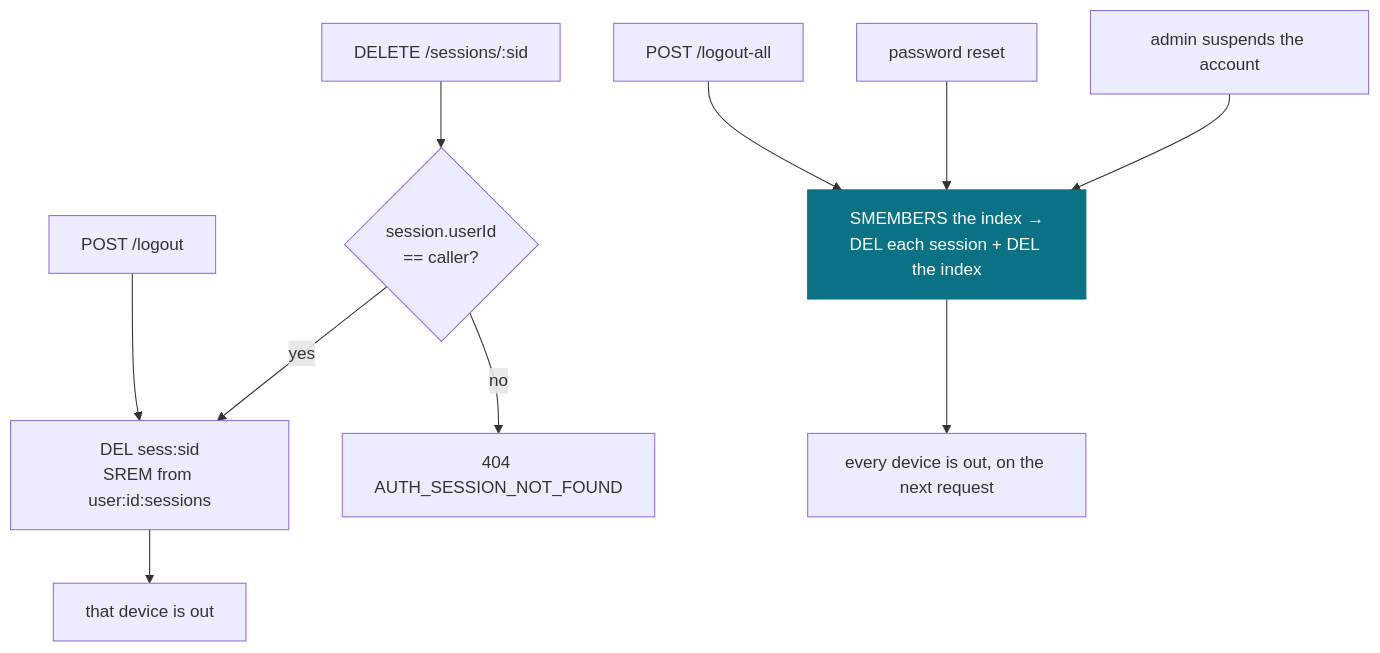
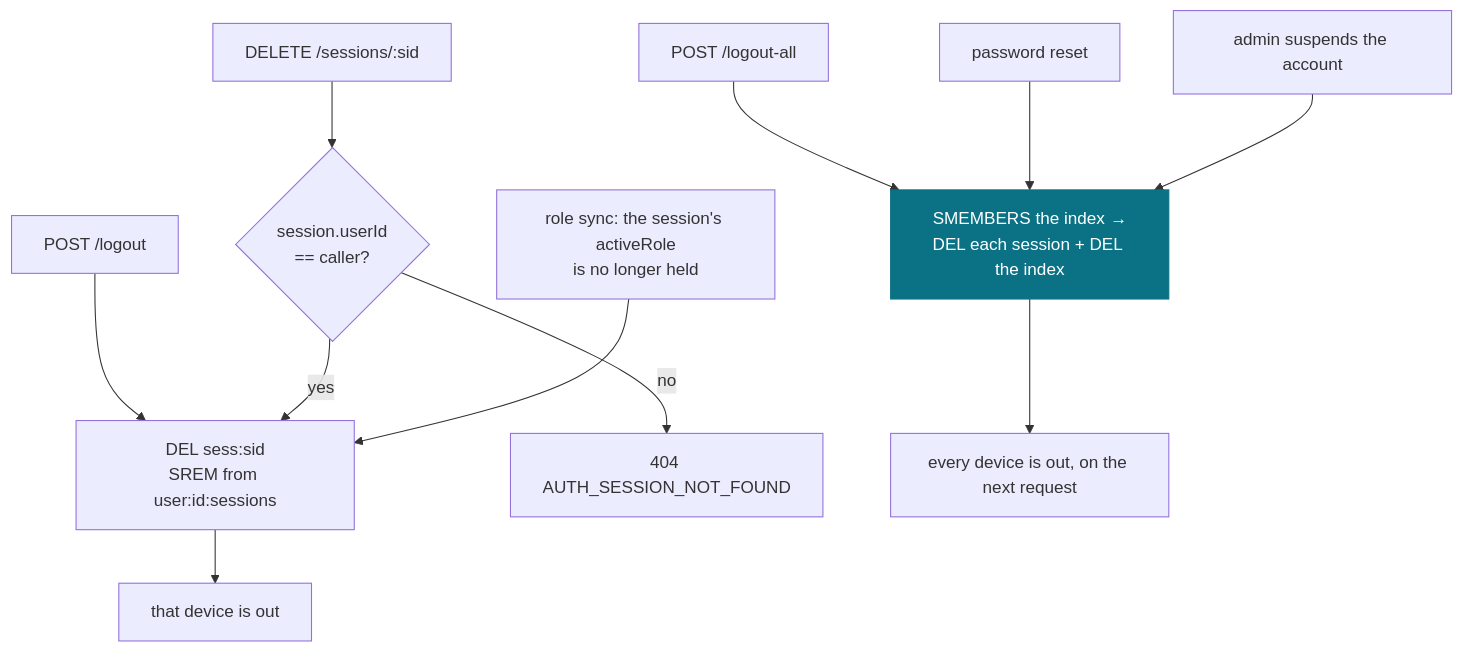
One commit to sufyan-devs/init-server-nodejs changed the third of 4 diagrams in docs/modules/auth/flows.md. Above: the diagram before and after it, drawn with Mermaid. The commit also changed other lines of this file and 42 other files, not shown here.

````diff
--- a/docs/modules/auth/flows.md
+++ b/docs/modules/auth/flows.md
@@ -224,15 +248,16 @@
 ```mermaid
 flowchart TD
   L["POST /logout"] --> D1["DEL sess:sid<br/>SREM from user:id:sessions"]
   A["DELETE /sessions/:sid"] --> OWN{"session.userId<br/>== caller?"}
   OWN -- no --> E["404 AUTH_SESSION_NOT_FOUND"]
   OWN -- yes --> D1
+  RS["role sync: the session's activeRole<br/>is no longer held"] --> D1
   LA["POST /logout-all"] --> D2["SMEMBERS the index →<br/>DEL each session + DEL the index"]
   PR["password reset"] --> D2
   SU["admin suspends the account"] --> D2
   D1 --> G["that device is out"]
   D2 --> G2["every device is out, on the next request"]
 
   classDef k fill:#0b7285,stroke:#0b7285,color:#fff
   class D2 k
 ```
````
